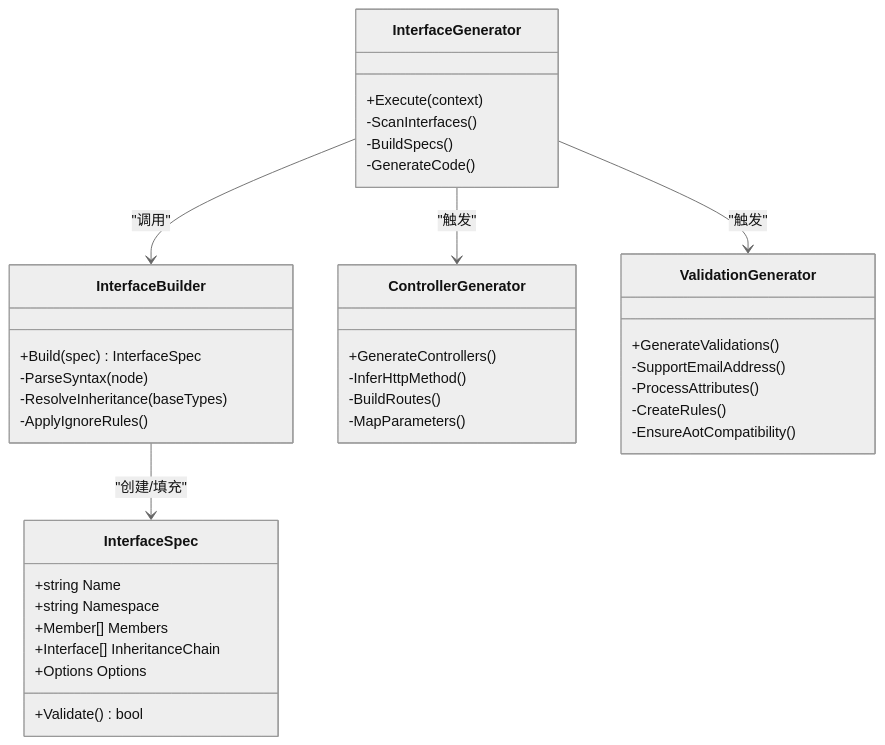
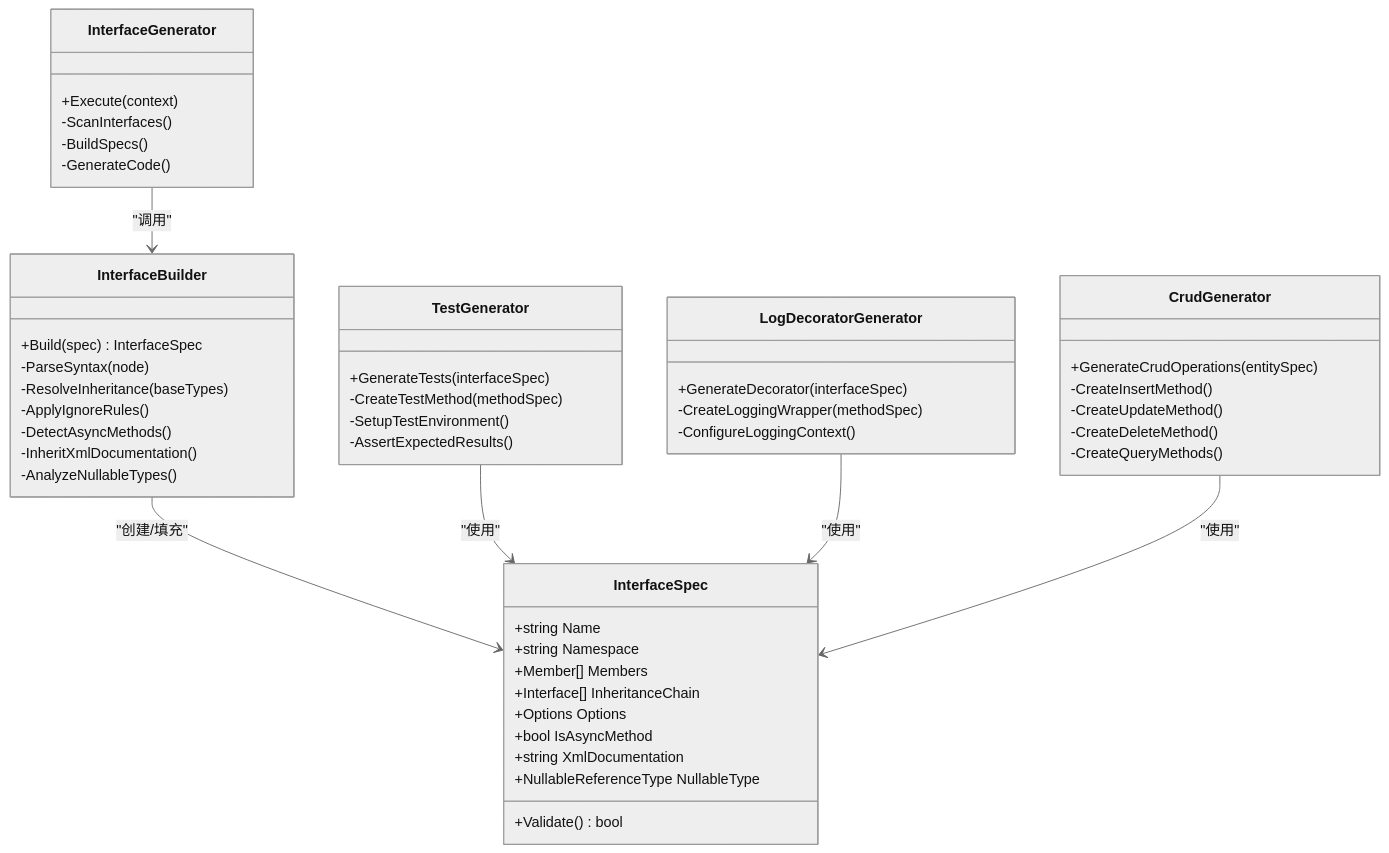
The third of 7 diagrams in .qoder/repowiki/zh/content/源代码生成器/源代码生成器.md (alivy/AutoCode), drawn with Mermaid (neutral theme) before and after one commit. The commit also changed other lines of this file and 152 other files, not shown here.

````diff
--- a/.qoder/repowiki/zh/content/源代码生成器/源代码生成器.md
+++ b/.qoder/repowiki/zh/content/源代码生成器/源代码生成器.md
@@ -270,40 +247,52 @@
 ```mermaid
 classDiagram
 class InterfaceSpec {
 +string Name
 +string Namespace
 +Member[] Members
 +Interface[] InheritanceChain
 +Options Options
++bool IsAsyncMethod
++string XmlDocumentation
++NullableReferenceType NullableType
 +Validate() bool
 }
 class InterfaceBuilder {
 +Build(spec) InterfaceSpec
 -ParseSyntax(node)
 -ResolveInheritance(baseTypes)
 -ApplyIgnoreRules()
+-DetectAsyncMethods()
+-InheritXmlDocumentation()
+-AnalyzeNullableTypes()
 }
 class InterfaceGenerator {
 +Execute(context)
 -ScanInterfaces()
 -BuildSpecs()
 -GenerateCode()
 }
-class ControllerGenerator {
-+GenerateControllers()
--InferHttpMethod()
--BuildRoutes()
--MapParameters()
+class TestGenerator {
++GenerateTests(interfaceSpec)
+-CreateTestMethod(methodSpec)
+-SetupTestEnvironment()
+-AssertExpectedResults()
 }
-class ValidationGenerator {
-+GenerateValidations()
--SupportEmailAddress()
--ProcessAttributes()
--CreateRules()
--EnsureAotCompatibility()
+class LogDecoratorGenerator {
++GenerateDecorator(interfaceSpec)
+-CreateLoggingWrapper(methodSpec)
+-ConfigureLoggingContext()
+}
+class CrudGenerator {
++GenerateCrudOperations(entitySpec)
+-CreateInsertMethod()
+-CreateUpdateMethod()
+-CreateDeleteMethod()
+-CreateQueryMethods()
 }
 InterfaceGenerator --> InterfaceBuilder : "调用"
 InterfaceBuilder --> InterfaceSpec : "创建/填充"
-InterfaceGenerator --> ControllerGenerator : "触发"
-InterfaceGenerator --> ValidationGenerator : "触发"
+TestGenerator --> InterfaceSpec : "使用"
+LogDecoratorGenerator --> InterfaceSpec : "使用"
+CrudGenerator --> InterfaceSpec : "使用"
 ```
````
